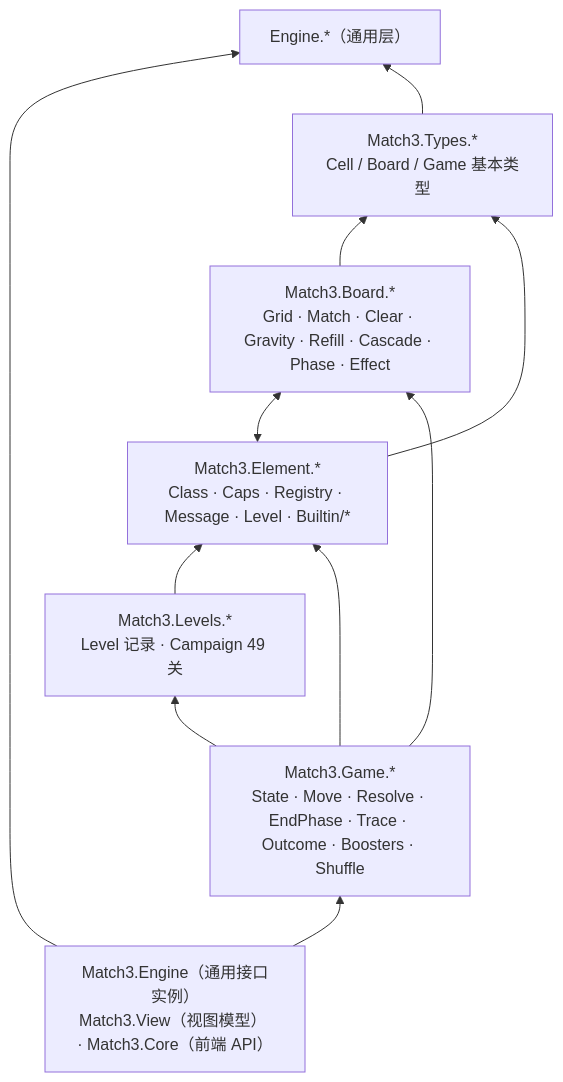
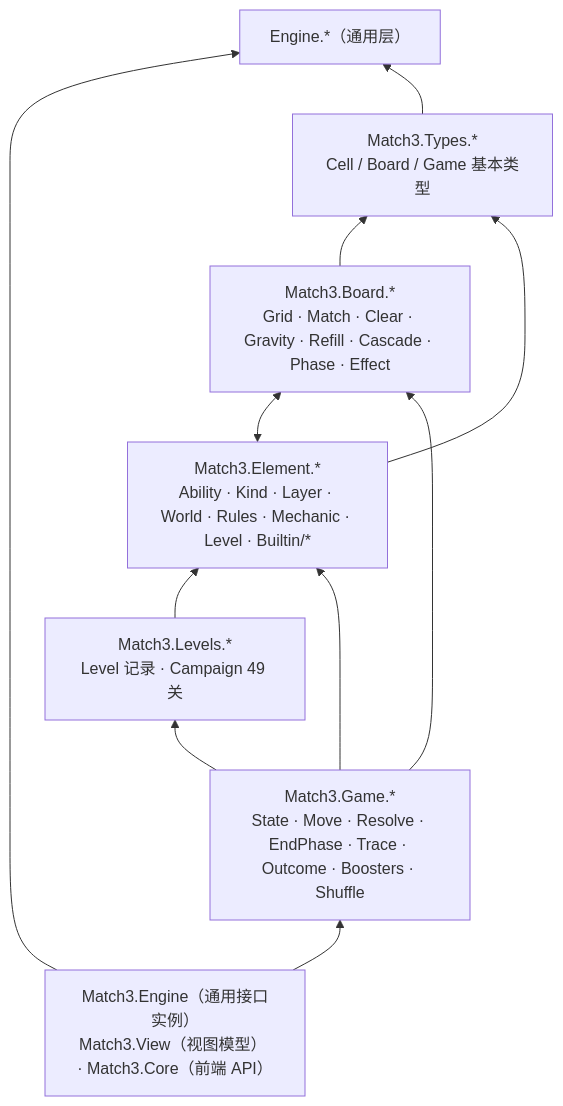
The second of 2 diagrams in docs/guide/01-总览与阅读路线.md (exsabersac/match3), drawn with Mermaid before and after one commit. The commit also changed other lines of this file and 9 other files, not shown here.

Commit message:
元素类重构第 6 刀（中）：guide 04 改写为能力类 / Kind / Layer / World / Mechanic，architecture / testing / guide 01–03、07–09 同步（476 个）

````diff
--- a/docs/guide/01-总览与阅读路线.md
+++ b/docs/guide/01-总览与阅读路线.md
@@ -96,20 +96,20 @@
 ```mermaid
 flowchart BT
   T["Match3.Types.*<br/>Cell / Board / Game 基本类型"]
   B["Match3.Board.*<br/>Grid · Match · Clear · Gravity · Refill · Cascade · Phase · Effect"]
-  E["Match3.Element.*<br/>Class · Caps · Registry · Message · Level · Builtin/*"]
+  E["Match3.Element.*<br/>Ability · Kind · Layer · World · Rules · Mechanic · Level · Builtin/*"]
   L["Match3.Levels.*<br/>Level 记录 · Campaign 49 关"]
   G["Match3.Game.*<br/>State · Move · Resolve · EndPhase · Trace · Outcome · Boosters · Shuffle"]
   Top["Match3.Engine（通用接口实例）<br/>Match3.View（视图模型） · Match3.Core（前端 API）"]
   Eng["Engine.*（通用层）"]
   B --> T
   E --> T
   E <--> B
   L --> E
   G --> B
   G --> E
   G --> L
   Top --> G
   Top --> Eng
   T --> Eng
 ```
````
